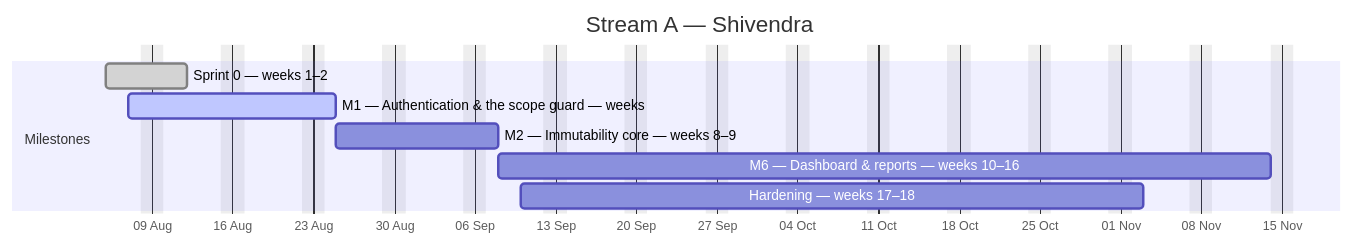
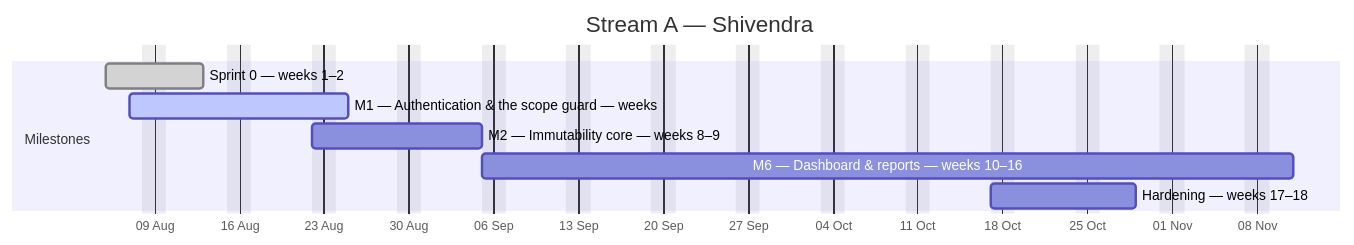
The first of 4 diagrams in docs/plan/GANTT.md (debashisedunext/EduTrack), drawn with Mermaid before and after one commit. The commit also changed other lines of this file and 4 other files, not shown here.

````diff
--- a/docs/plan/GANTT.md
+++ b/docs/plan/GANTT.md
@@ -126,13 +126,13 @@
 ```mermaid
 gantt
     dateFormat YYYY-MM-DD
     axisFormat %d %b
     title Stream A — Shivendra
     excludes weekends
     section Milestones
-    Sprint 0 — weeks 1–2 :done, a0, 2026-08-05, 5d
+    Sprint 0 — weeks 1–2 :done, a0, 2026-08-05, 6d
     M1 — Authentication & the scope guard — weeks :active, a1, 2026-08-07, 12d
-    M2 — Immutability core — weeks 8–9 :a2, 2026-08-25, 10d
-    M6 — Dashboard & reports — weeks 10–16 :a3, 2026-09-08, 49d
-    Hardening — weeks 17–18 :a4, 2026-09-10, 38d
+    M2 — Immutability core — weeks 8–9 :a2, 2026-08-22, 11d
+    M6 — Dashboard & reports — weeks 10–16 :a3, 2026-09-05, 48d
+    Hardening — weeks 17–18 :a4, 2026-10-17, 9d
 ```
````
